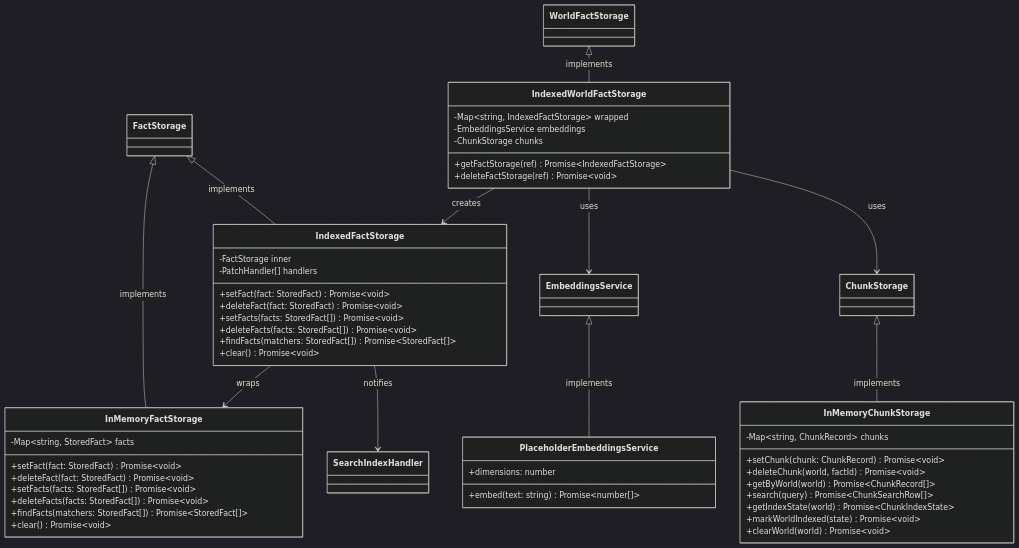
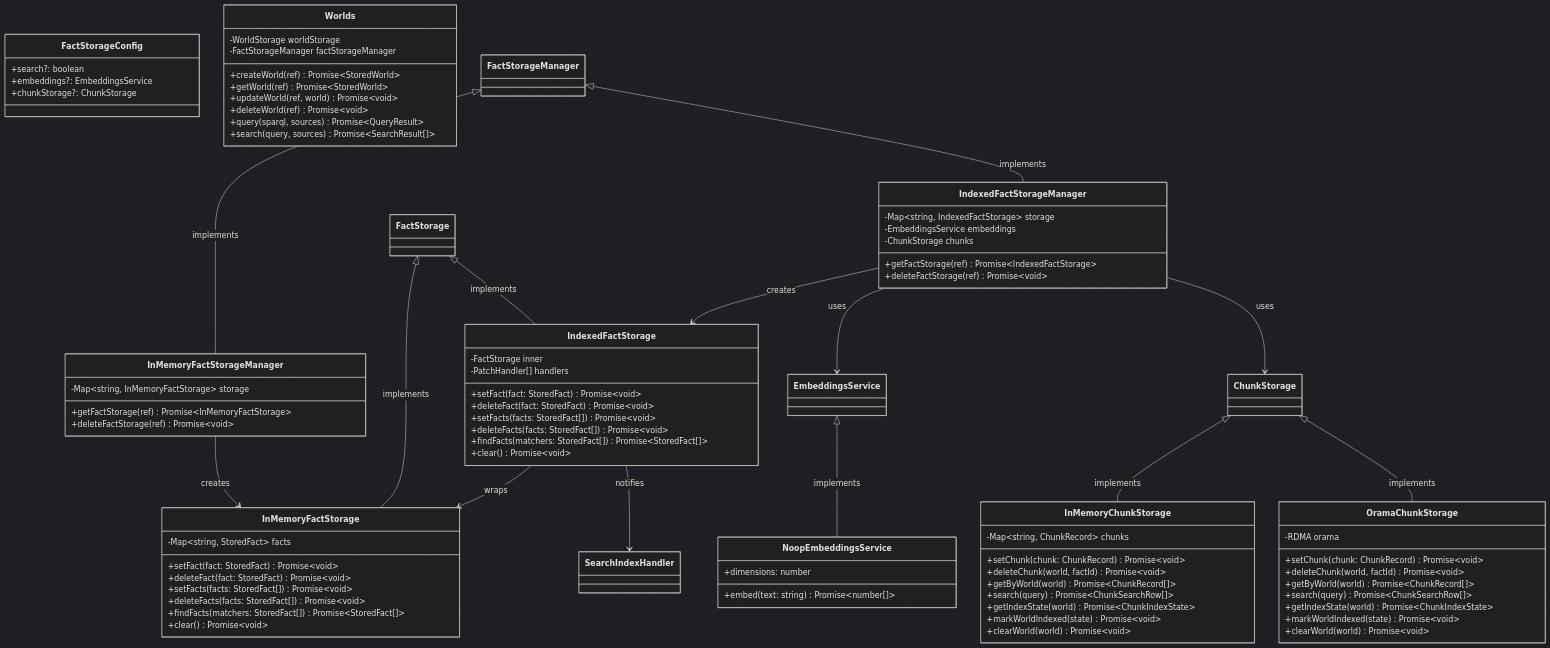
Before and after one commit to wazootech/worlds-api: the fourth of 5 diagrams in docs/ARCHITECTURE.md, drawn with Mermaid (dark theme). The commit also changed other lines of this file and 8 other files, not shown here.

Commit message:
refactor: rename worlds/worlds/facts -> worlds/facts, add InMemoryFactStorageManager tests

````diff
--- a/docs/ARCHITECTURE.md
+++ b/docs/ARCHITECTURE.md
@@ -137,5 +137,11 @@
 ```mermaid
 classDiagram
+    class FactStorageConfig {
+        +search?: boolean
+        +embeddings?: EmbeddingsService
+        +chunkStorage?: ChunkStorage
+    }
+    
     class InMemoryFactStorage {
         -Map~string, StoredFact~ facts
         +setFact(fact: StoredFact) Promise~void~
@@ -157,8 +163,14 @@
         +clear() Promise~void~
     }
     
-    class IndexedWorldFactStorage {
-        -Map~string, IndexedFactStorage~ wrapped
+    class InMemoryFactStorageManager {
+        -Map~string, InMemoryFactStorage~ storage
+        +getFactStorage(ref) Promise~InMemoryFactStorage~
+        +deleteFactStorage(ref) Promise~void~
+    }
+    
+    class IndexedFactStorageManager {
+        -Map~string, IndexedFactStorage~ storage
         -EmbeddingsService embeddings
         -ChunkStorage chunks
         +getFactStorage(ref) Promise~IndexedFactStorage~
@@ -176,19 +188,46 @@
         +clearWorld(world) Promise~void~
     }
     
-    class PlaceholderEmbeddingsService {
+    class OramaChunkStorage {
+        -RDMA orama
+        +setChunk(chunk: ChunkRecord) Promise~void~
+        +deleteChunk(world, factId) Promise~void~
+        +getByWorld(world) Promise~ChunkRecord[]~
+        +search(query) Promise~ChunkSearchRow[]~
+        +getIndexState(world) Promise~ChunkIndexState~
+        +markWorldIndexed(state) Promise~void~
+        +clearWorld(world) Promise~void~
+    }
+    
+    class NoopEmbeddingsService {
         +dimensions: number
         +embed(text: string) Promise~number[]~
+    }
+    
+    class Worlds {
+        -WorldStorage worldStorage
+        -FactStorageManager factStorageManager
+        +createWorld(ref) Promise~StoredWorld~
+        +getWorld(ref) Promise~StoredWorld~
+        +updateWorld(ref, world) Promise~void~
+        +deleteWorld(ref) Promise~void~
+        +query(sparql, sources) Promise~QueryResult~
+        +search(query, sources) Promise~SearchResult[]~
     }
     
     FactStorage <|-- InMemoryFactStorage: implements
     FactStorage <|-- IndexedFactStorage: implements
     IndexedFactStorage --> InMemoryFactStorage: wraps
     IndexedFactStorage --> SearchIndexHandler: notifies
-    WorldFactStorage <|-- IndexedWorldFactStorage: implements
-    IndexedWorldFactStorage --> IndexedFactStorage: creates
-    IndexedWorldFactStorage --> EmbeddingsService: uses
-    IndexedWorldFactStorage --> ChunkStorage: uses
+    
+    FactStorageManager <|-- InMemoryFactStorageManager: implements
+    FactStorageManager <|-- IndexedFactStorageManager: implements
+    InMemoryFactStorageManager --> InMemoryFactStorage: creates
+    IndexedFactStorageManager --> IndexedFactStorage: creates
+    IndexedFactStorageManager --> EmbeddingsService: uses
+    IndexedFactStorageManager --> ChunkStorage: uses
+    
     ChunkStorage <|-- InMemoryChunkStorage: implements
-    EmbeddingsService <|-- PlaceholderEmbeddingsService: implements
+    ChunkStorage <|-- OramaChunkStorage: implements
+    EmbeddingsService <|-- NoopEmbeddingsService: implements
 ```
````
